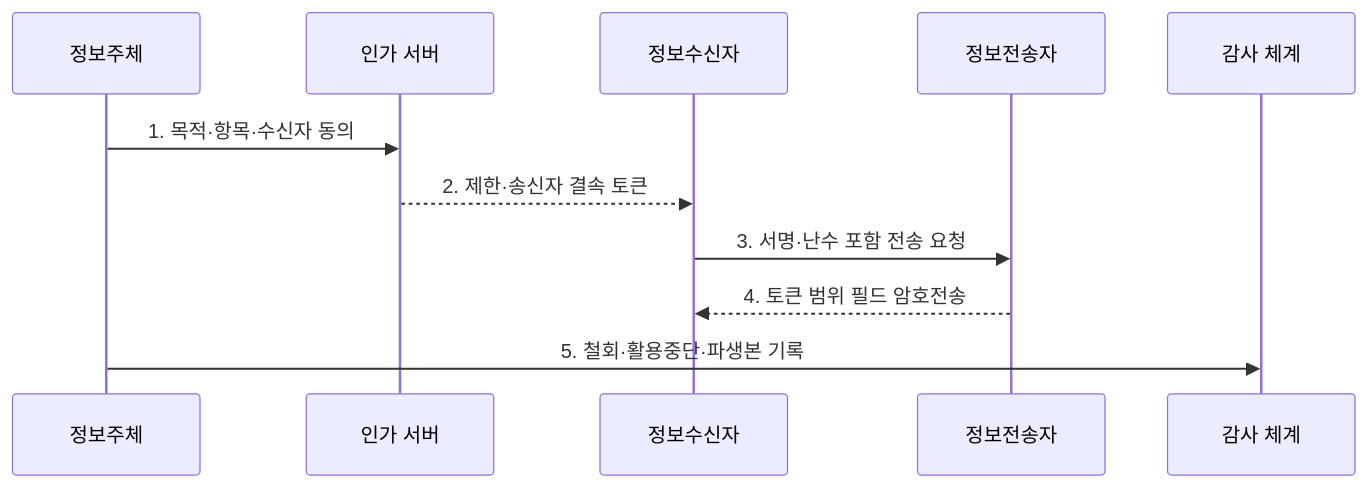
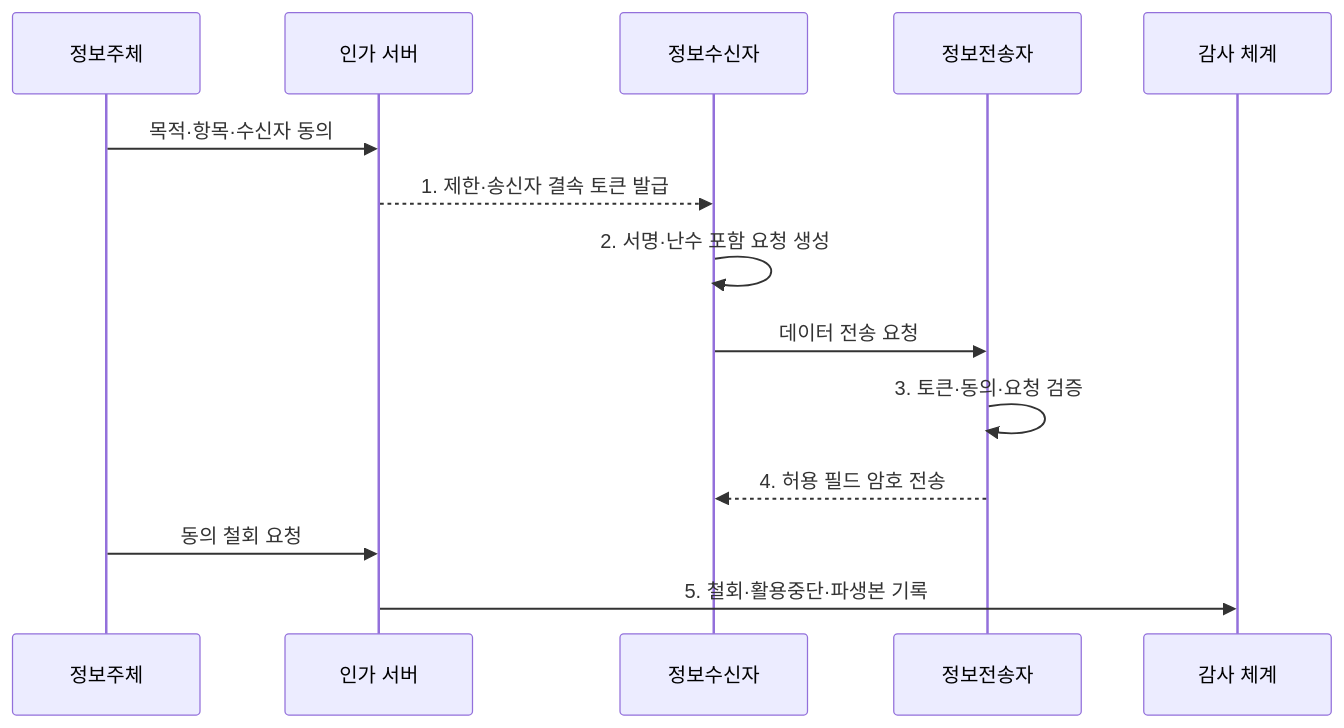
Before and after one commit to agnusdei1207/knowledge-base: the second of 2 diagrams in src/content/docs/notes/05-security/099_mydata_service_security.md, drawn with Mermaid. The commit also changed other lines of this file and 20 other files, not shown here.

````diff
--- a/src/content/docs/notes/05-security/099_mydata_service_security.md
+++ b/src/content/docs/notes/05-security/099_mydata_service_security.md
@@ -81,13 +81,16 @@
 ```mermaid
 sequenceDiagram
     participant U as 정보주체
     participant A as 인가 서버
     participant R as 정보수신자
     participant H as 정보전송자
     participant L as 감사 체계
-    U->>A: 1. 목적·항목·수신자 동의
-    A-->>R: 2. 제한·송신자 결속 토큰
-    R->>H: 3. 서명·난수 포함 전송 요청
-    H-->>R: 4. 토큰 범위 필드 암호전송
-    U->>L: 5. 철회·활용중단·파생본 기록
+    U->>A: 목적·항목·수신자 동의
+    A-->>R: 1. 제한·송신자 결속 토큰 발급
+    R->>R: 2. 서명·난수 포함 요청 생성
+    R->>H: 데이터 전송 요청
+    H->>H: 3. 토큰·동의·요청 검증
+    H-->>R: 4. 허용 필드 암호 전송
+    U->>A: 동의 철회 요청
+    A->>L: 5. 철회·활용중단·파생본 기록
 ```
````
